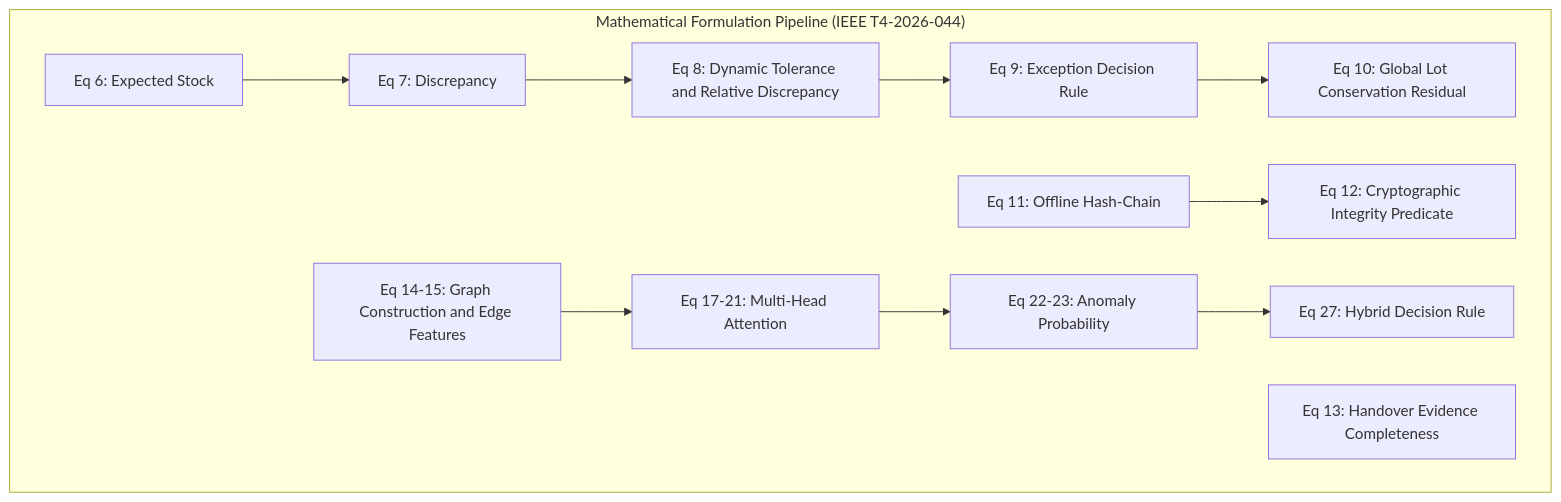
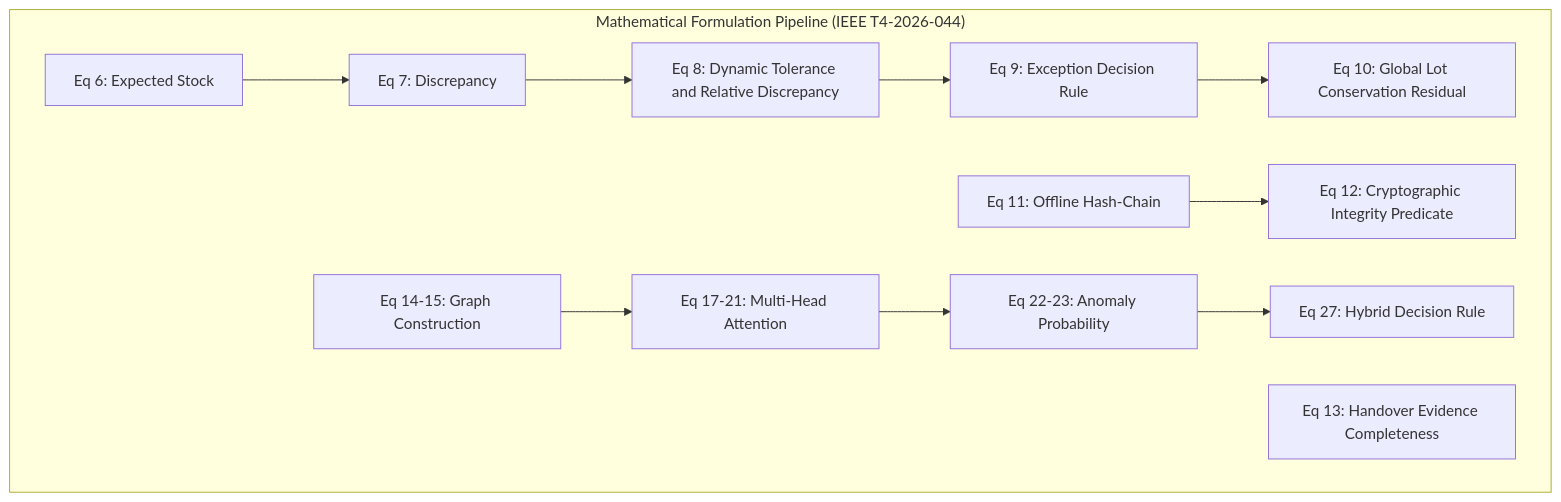
The third of 4 diagrams in README.md (VishalNandy17/harvest-link-chain), drawn with Mermaid before and after one commit. The commit also changed other lines of this file, not shown here.

````diff
--- a/README.md
+++ b/README.md
@@ -96,17 +85,14 @@
 ```mermaid
 graph TD
     subgraph Math_Framework["Mathematical Formulation Pipeline (IEEE T4-2026-044)"]
         E6["Eq 6: Expected Stock"] --> E7["Eq 7: Discrepancy"]
         E7 --> E8["Eq 8: Dynamic Tolerance and Relative Discrepancy"]
         E8 --> E9["Eq 9: Exception Decision Rule"]
         E9 --> E10["Eq 10: Global Lot Conservation Residual"]
-
         E11["Eq 11: Offline Hash-Chain"] --> E12["Eq 12: Cryptographic Integrity Predicate"]
-
         E13["Eq 13: Handover Evidence Completeness"]
-
-        E14["Eq 14-15: Graph Construction and Edge Features"] --> E17["Eq 17-21: Multi-Head Attention"]
+        E14["Eq 14-15: Graph Construction"] --> E17["Eq 17-21: Multi-Head Attention"]
         E17 --> E22["Eq 22-23: Anomaly Probability"]
         E22 --> E27["Eq 27: Hybrid Decision Rule"]
     end
 ```
````
